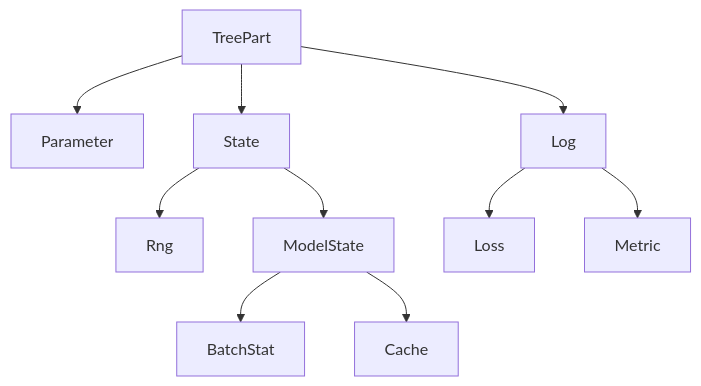
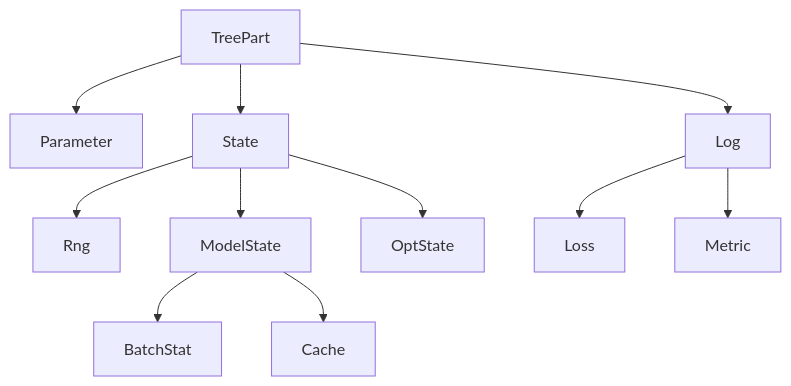
One commit to cgarciae/treex changed the diagram in README.md. Above: the diagram before and after it, drawn with Mermaid. The commit also changed other lines of this file and 8 other files, not shown here.

````diff
--- a/README.md
+++ b/README.md
@@ -381,12 +381,13 @@
 ```mermaid
 graph TD;
     TreePart-->Parameter;
     TreePart-->State;
     State-->Rng;
     State-->ModelState;
     ModelState-->BatchStat;
     ModelState-->Cache;
     TreePart-->Log;
     Log-->Loss;
     Log-->Metric;
+    State-->OptState;
 ```
````
